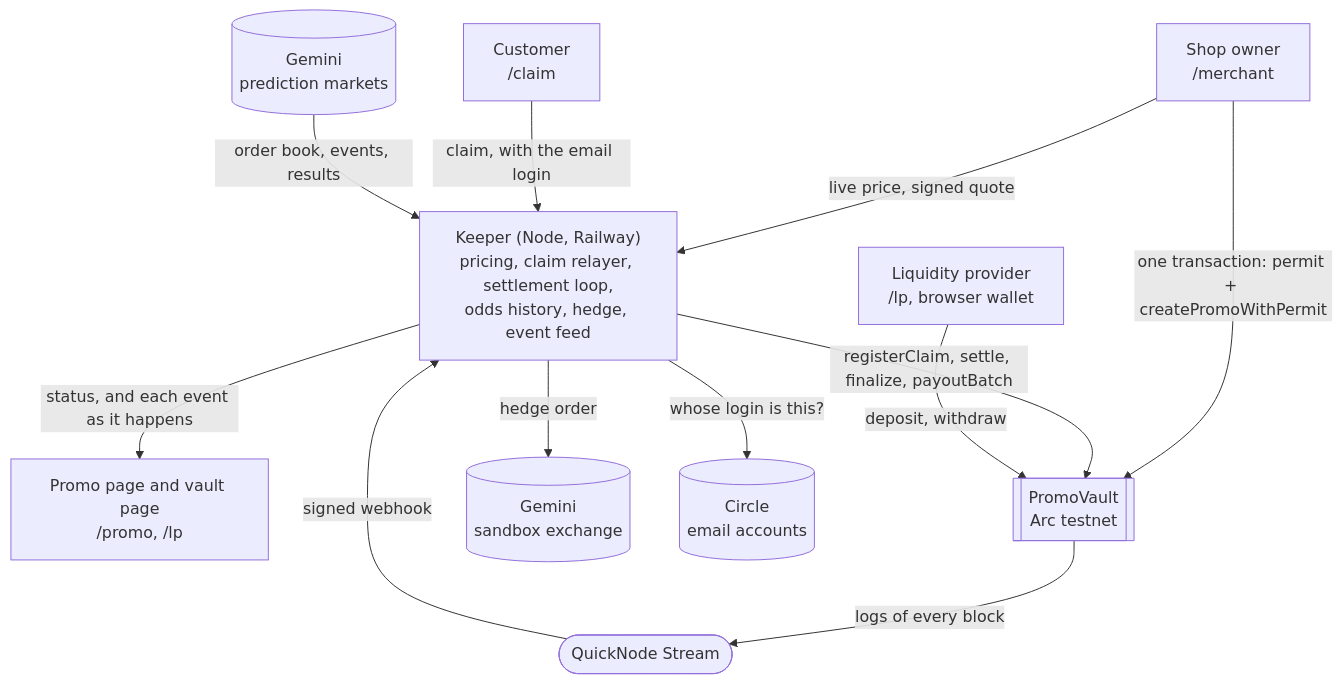
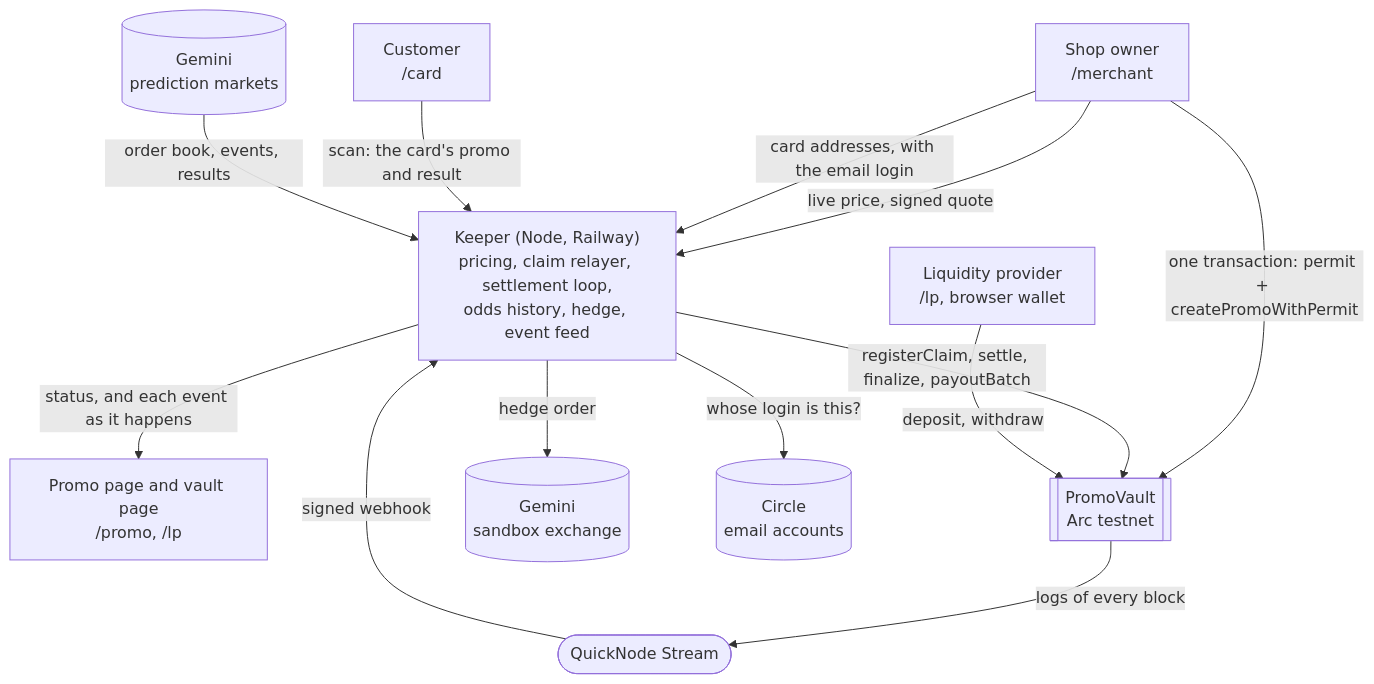
The diagram in README.md (BoiZzZzZz/freeif), drawn with Mermaid before and after one commit. The commit also changed other lines of this file and 2 other files, not shown here.

First line of the commit message:
docs: claim cards in the three READMEs

````diff
--- a/README.md
+++ b/README.md
@@ -39,25 +41,26 @@
 ```mermaid
 flowchart TB
   merchant["Shop owner<br/>/merchant"]
-  customer["Customer<br/>/claim"]
+  customer["Customer<br/>/card"]
   pages["Promo page and vault page<br/>/promo, /lp"]
   lp["Liquidity provider<br/>/lp, browser wallet"]
   keeper["Keeper (Node, Railway)<br/>pricing, claim relayer, settlement loop,<br/>odds history, hedge, event feed"]
   vault[["PromoVault<br/>Arc testnet"]]
   gemini[("Gemini<br/>prediction markets")]
   sandbox[("Gemini<br/>sandbox exchange")]
   circle[("Circle<br/>email accounts")]
   stream(["QuickNode Stream"])
 
   merchant -->|"live price, signed quote"| keeper
   merchant -->|"one transaction: permit + createPromoWithPermit"| vault
-  customer -->|"claim, with the email login"| keeper
+  merchant -->|"card addresses, with the email login"| keeper
+  customer -->|"scan: the card's promo and result"| keeper
   keeper -->|"whose login is this?"| circle
   keeper -->|"registerClaim, settle, finalize, payoutBatch"| vault
   lp -->|"deposit, withdraw"| vault
   gemini -->|"order book, events, results"| keeper
   keeper -->|"hedge order"| sandbox
   vault -->|"logs of every block"| stream
   stream -->|"signed webhook"| keeper
   keeper -->|"status, and each event as it happens"| pages
 ```
````
